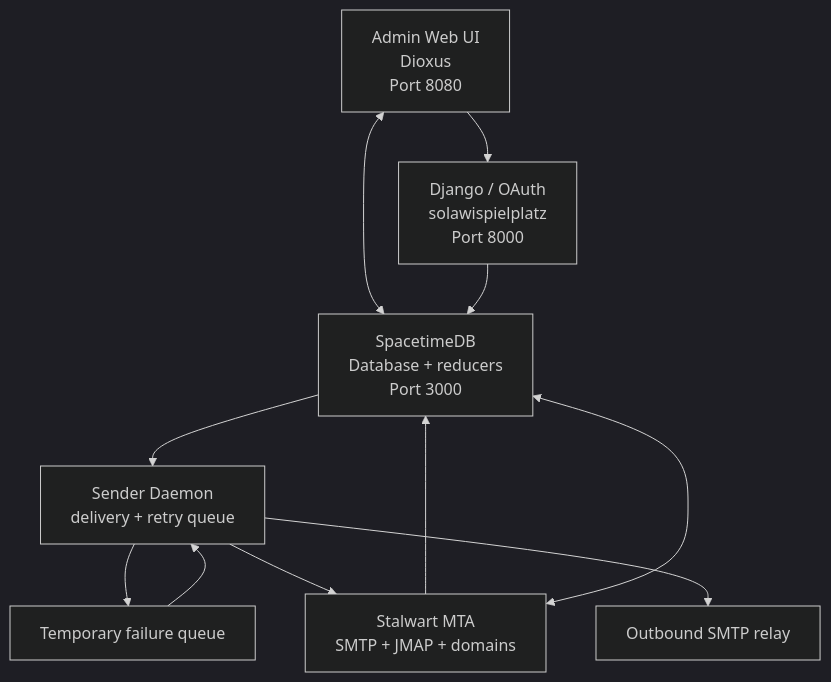
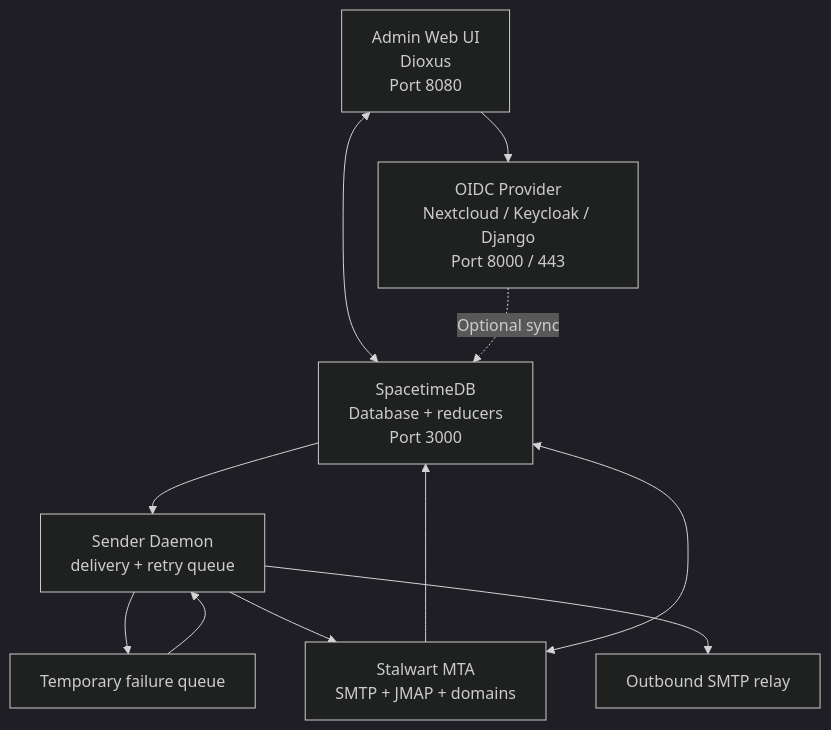
One commit to enaut/kommunikationszentrum changed the diagram in README.md. Above: the diagram before and after it, drawn with Mermaid (dark theme). The commit also changed other lines of this file and 62 other files, not shown here.

````diff
--- a/README.md
+++ b/README.md
@@ -42,21 +42,21 @@
 ```mermaid
 graph TD
     Admin["Admin Web UI<br/>Dioxus<br/>Port 8080"]
     DB["SpacetimeDB<br/>Database + reducers<br/>Port 3000"]
-    Django["Django / OAuth<br/>solawispielplatz<br/>Port 8000"]
+    OIDC["OIDC Provider<br/>Nextcloud / Keycloak / Django<br/>Port 8000 / 443"]
     Stalwart["Stalwart MTA<br/>SMTP + JMAP + domains"]
     Sender["Sender Daemon<br/>delivery + retry queue"]
     Queue["Temporary failure queue"]
     Relay["Outbound SMTP relay"]
 
     Admin <--> DB
-    Admin --> Django
-    Django --> DB
+    Admin --> OIDC
+    OIDC -. Optional sync .-> DB
     Stalwart --> DB
     Stalwart <--> DB
     DB --> Sender
     Sender --> Queue
     Queue --> Sender
     Sender --> Stalwart
     Sender --> Relay
 ```
````
